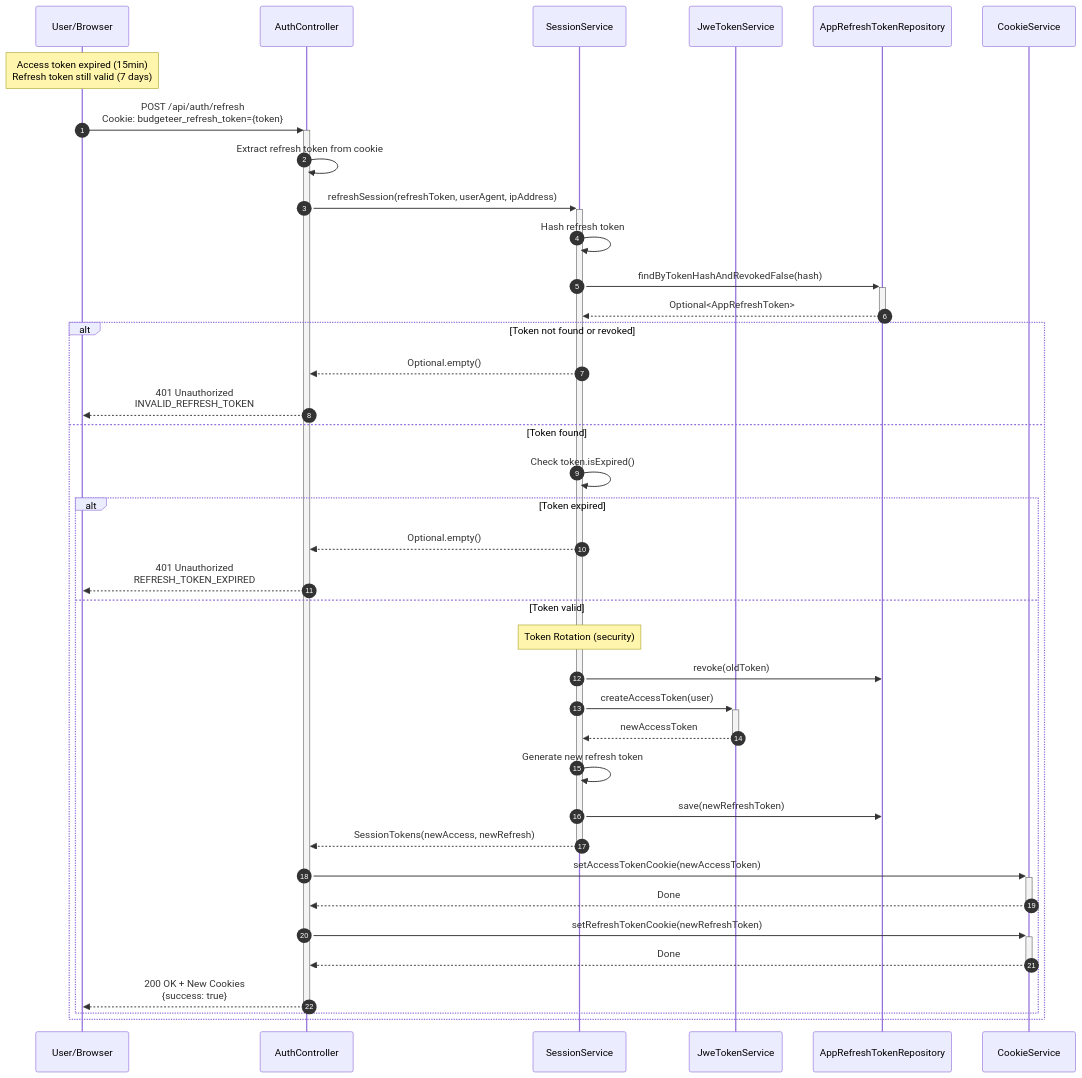
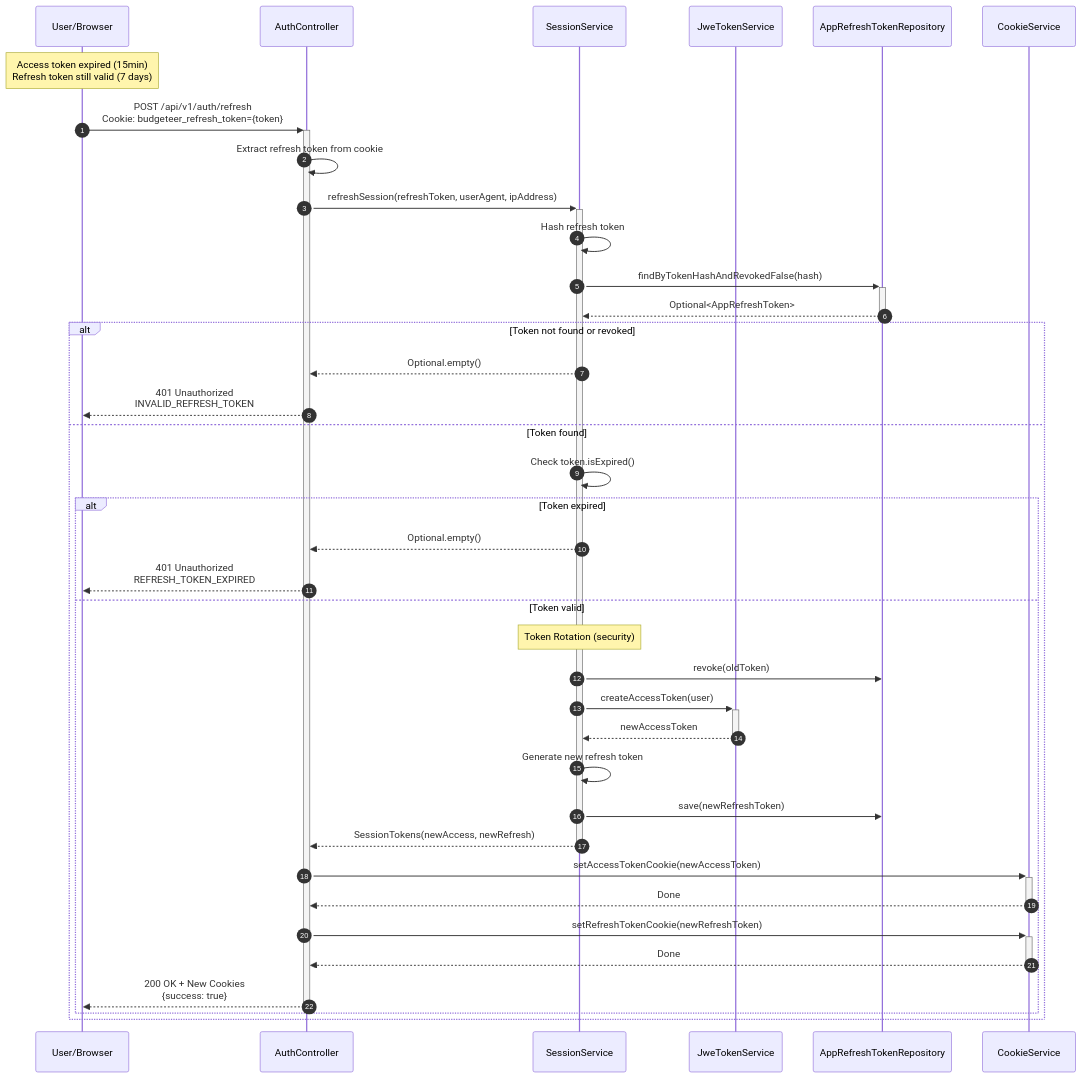
The seventh of 10 diagrams in docs/diagrams/user-authentication-flow.md (alexandermfisher/budgeteer), drawn with Mermaid before and after one commit. The commit also changed other lines of this file and 19 other files, not shown here.

````diff
--- a/docs/diagrams/user-authentication-flow.md
+++ b/docs/diagrams/user-authentication-flow.md
@@ -238,50 +238,50 @@
 ```mermaid
 sequenceDiagram
     autonumber
     participant U as User/Browser
     participant AC as AuthController
     participant SS as SessionService
     participant JTS as JweTokenService
     participant RTR as AppRefreshTokenRepository
     participant CS as CookieService
 
     Note over U: Access token expired (15min)<br/>Refresh token still valid (7 days)
     
-    U->>+AC: POST /api/auth/refresh<br/>Cookie: budgeteer_refresh_token={token}
+    U->>+AC: POST /api/v1/auth/refresh<br/>Cookie: budgeteer_refresh_token={token}
     AC->>AC: Extract refresh token from cookie
     AC->>+SS: refreshSession(refreshToken, userAgent, ipAddress)
     
     SS->>SS: Hash refresh token
     SS->>+RTR: findByTokenHashAndRevokedFalse(hash)
     RTR-->>-SS: Optional<AppRefreshToken>
     
     alt Token not found or revoked
         SS-->>AC: Optional.empty()
         AC-->>U: 401 Unauthorized<br/>INVALID_REFRESH_TOKEN
     else Token found
         SS->>SS: Check token.isExpired()
         
         alt Token expired
             SS-->>AC: Optional.empty()
             AC-->>U: 401 Unauthorized<br/>REFRESH_TOKEN_EXPIRED
         else Token valid
             Note over SS: Token Rotation (security)
             SS->>RTR: revoke(oldToken)
             
             SS->>+JTS: createAccessToken(user)
             JTS-->>-SS: newAccessToken
             
             SS->>SS: Generate new refresh token
             SS->>RTR: save(newRefreshToken)
             
             SS-->>-AC: SessionTokens(newAccess, newRefresh)
             
             AC->>+CS: setAccessTokenCookie(newAccessToken)
             CS-->>-AC: Done
             AC->>+CS: setRefreshTokenCookie(newRefreshToken)
             CS-->>-AC: Done
             
             AC-->>-U: 200 OK + New Cookies<br/>{success: true}
         end
     end
 ```
````
